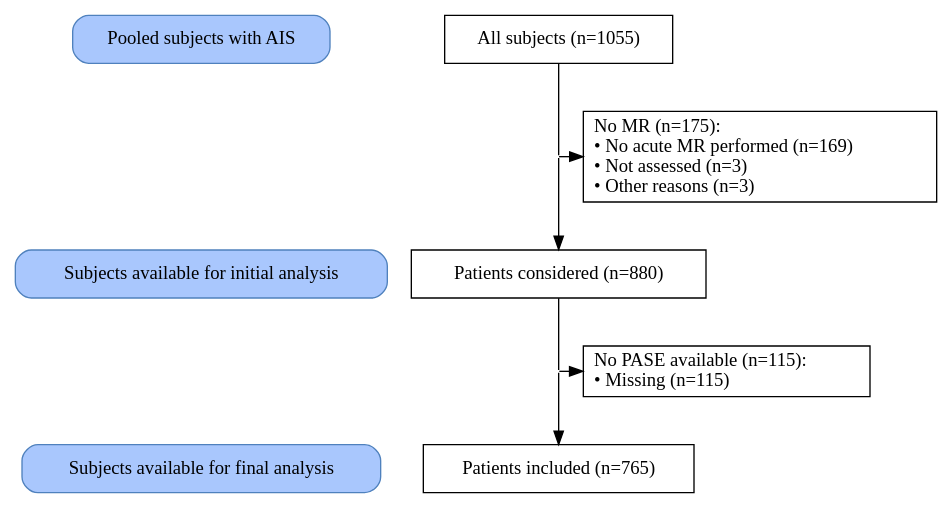
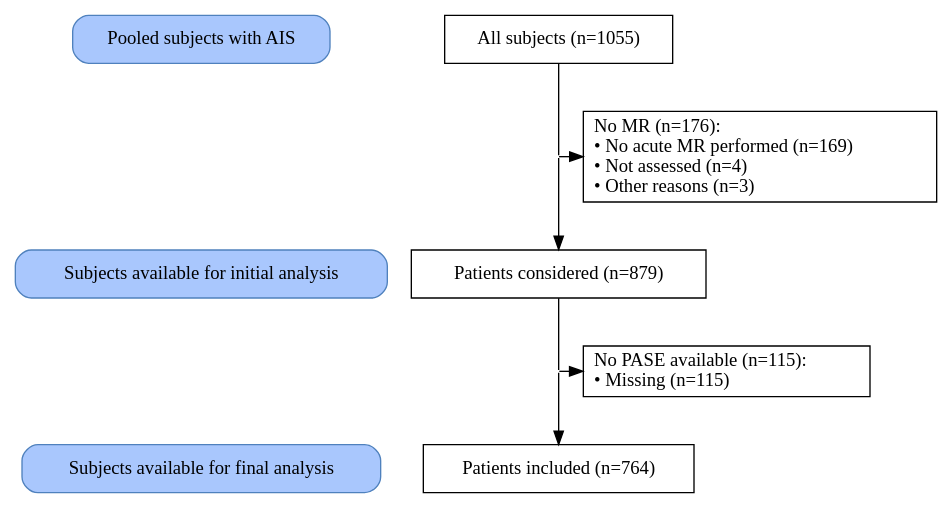
The diagram in images/flow_main.dot (agdamsbo/svd-modification), drawn with Graphviz before and after one commit. The commit also changed 74 other files, not shown here.

```diff
--- a/images/flow_main.dot
+++ b/images/flow_main.dot
@@ -1,56 +1,56 @@
 digraph consort_diagram {
   graph [layout = dot]
 
 node [shape = rectangle, style = "rounded,filled", fillcolor = "#A9C7FD" color = "#4F81BD"]
 label6 [label = "Pooled subjects with AIS"]
 label7 [label = "Subjects available for initial analysis"]
 label8 [label = "Subjects available for final analysis"]
 
 
 edge[style=invis];
 label6 -> label7 -> label8;
 
 
 # node definitions with substituted label text
   node [shape = rectangle, fillcolor = Biege, style="", fillcolor = "", color = ""]
 
 node1 [label = "All subjects (n=1055)"]
-node2 [label = "No MR (n=175):\l• No acute MR performed (n=169)\l• Not assessed (n=3)\l• Other reasons (n=3)\l"]
-node3 [label = "Patients considered (n=880)"]
+node2 [label = "No MR (n=176):\l• No acute MR performed (n=169)\l• Not assessed (n=4)\l• Other reasons (n=3)\l"]
+node3 [label = "Patients considered (n=879)"]
 node4 [label = "No PASE available (n=115):\l• Missing (n=115)\l"]
-node5 [label = "Patients included (n=765)"]
+node5 [label = "Patients included (n=764)"]
 
 
 ## Invisible point node for joints
 
 node [shape = point, width = 0]
 
 P1 P2
 
 subgraph {
   rank = same; rankdir = LR; label6;  node1;
   }
 subgraph {
   rank = same; rankdir = LR; P1; node2;
   }
 subgraph {
   rank = same; rankdir = LR; label7;  node3;
   }
 subgraph {
   rank = same; rankdir = LR; P2; node4;
   }
 subgraph {
   rank = same; rankdir = LR; label8; node5;
   }
 
 edge[style=""];
 
 node1 -> P1 [arrowhead = none];
 P1 -> node2;
 P1 -> node3;
 node3 -> P2 [arrowhead = none];
 P2 -> node4;
 P2 -> node5;
 
 
 }
```
